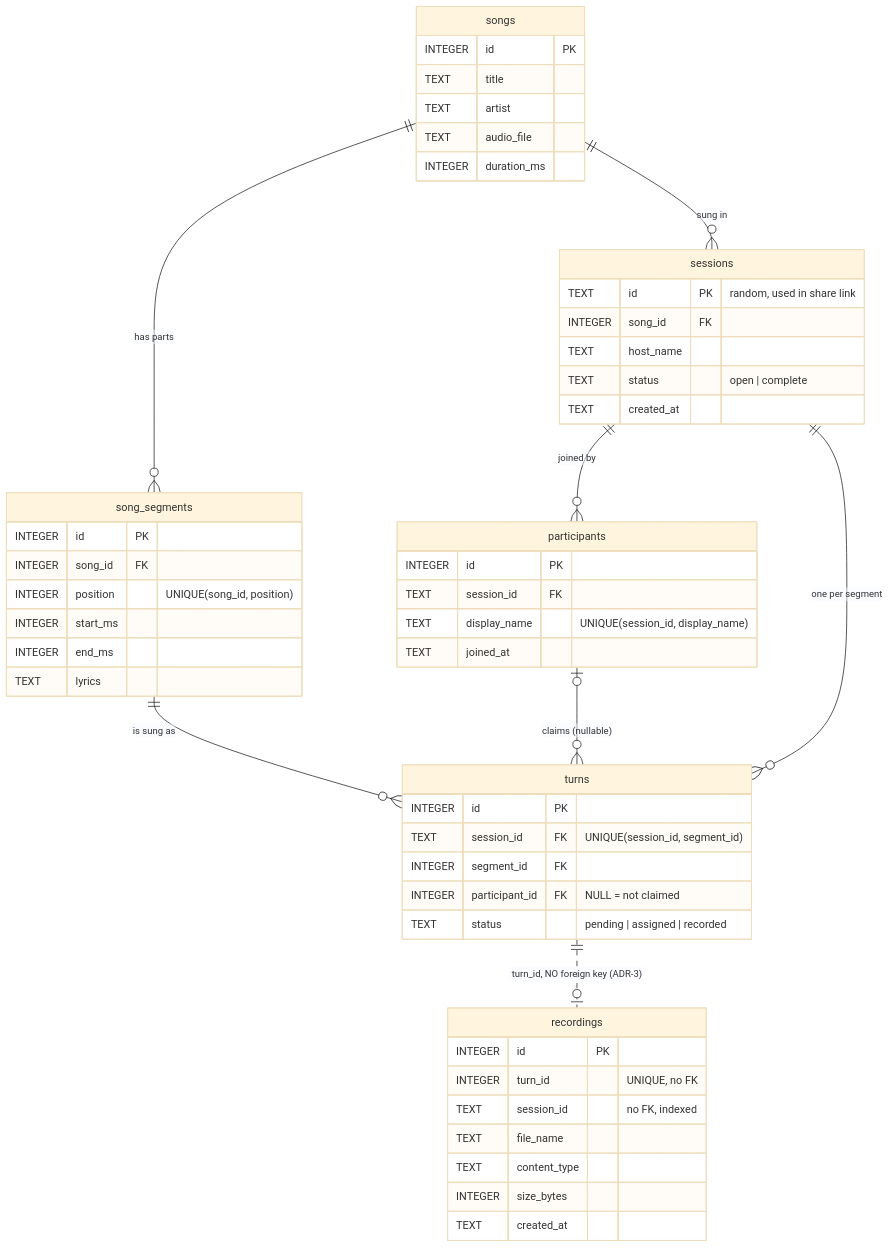
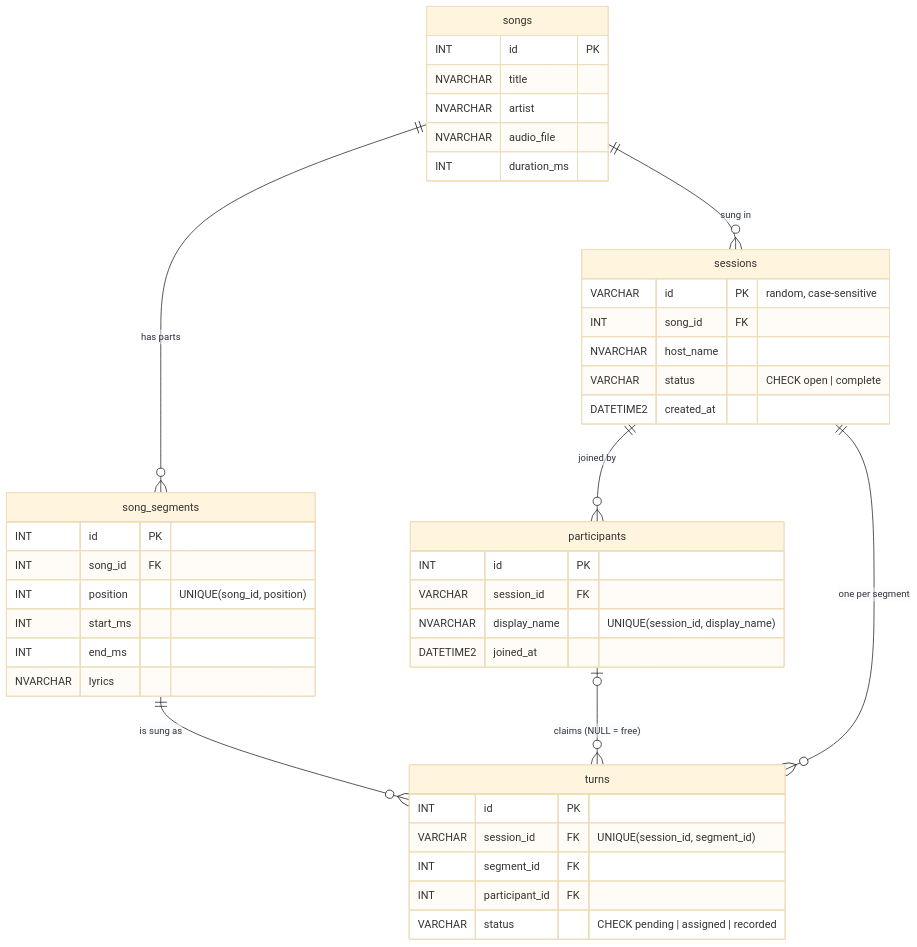
The second of 2 diagrams in REPORT.md (matheusfunabashi/group-karaoke), drawn with Mermaid (base theme) before and after one commit. The commit also changed other lines of this file and 2 other files, not shown here.

````diff
--- a/REPORT.md
+++ b/REPORT.md
@@ -56,43 +67,35 @@
 ```mermaid
 erDiagram
     songs ||--o{ song_segments : "has parts"
     songs ||--o{ sessions : "sung in"
     sessions ||--o{ participants : "joined by"
     sessions ||--o{ turns : "one per segment"
     song_segments ||--o{ turns : "is sung as"
-    participants |o--o{ turns : "claims (nullable)"
-    turns ||..o| recordings : "turn_id, NO foreign key (ADR-3)"
+    participants |o--o{ turns : "claims (NULL = free)"
 
-    songs { INTEGER id PK
-        TEXT title
-        TEXT artist
-        TEXT audio_file
-        INTEGER duration_ms }
-    song_segments { INTEGER id PK
-        INTEGER song_id FK
-        INTEGER position "UNIQUE(song_id, position)"
-        INTEGER start_ms
-        INTEGER end_ms
-        TEXT lyrics }
-    sessions { TEXT id PK "random, used in share link"
-        INTEGER song_id FK
-        TEXT host_name
-        TEXT status "open | complete"
-        TEXT created_at }
-    participants { INTEGER id PK
-        TEXT session_id FK
-        TEXT display_name "UNIQUE(session_id, display_name)"
-        TEXT joined_at }
-    turns { INTEGER id PK
-        TEXT session_id FK "UNIQUE(session_id, segment_id)"
-        INTEGER segment_id FK
-        INTEGER participant_id FK "NULL = not claimed"
-        TEXT status "pending | assigned | recorded" }
-    recordings { INTEGER id PK
-        INTEGER turn_id "UNIQUE, no FK"
-        TEXT session_id "no FK, indexed"
-        TEXT file_name
-        TEXT content_type
-        INTEGER size_bytes
-        TEXT created_at }
+    songs { INT id PK
+        NVARCHAR title
+        NVARCHAR artist
+        NVARCHAR audio_file
+        INT duration_ms }
+    song_segments { INT id PK
+        INT song_id FK
+        INT position "UNIQUE(song_id, position)"
+        INT start_ms
+        INT end_ms
+        NVARCHAR lyrics }
+    sessions { VARCHAR id PK "random, case-sensitive"
+        INT song_id FK
+        NVARCHAR host_name
+        VARCHAR status "CHECK open | complete"
+        DATETIME2 created_at }
+    participants { INT id PK
+        VARCHAR session_id FK
+        NVARCHAR display_name "UNIQUE(session_id, display_name)"
+        DATETIME2 joined_at }
+    turns { INT id PK
+        VARCHAR session_id FK "UNIQUE(session_id, segment_id)"
+        INT segment_id FK
+        INT participant_id FK
+        VARCHAR status "CHECK pending | assigned | recorded" }
 ```
````
